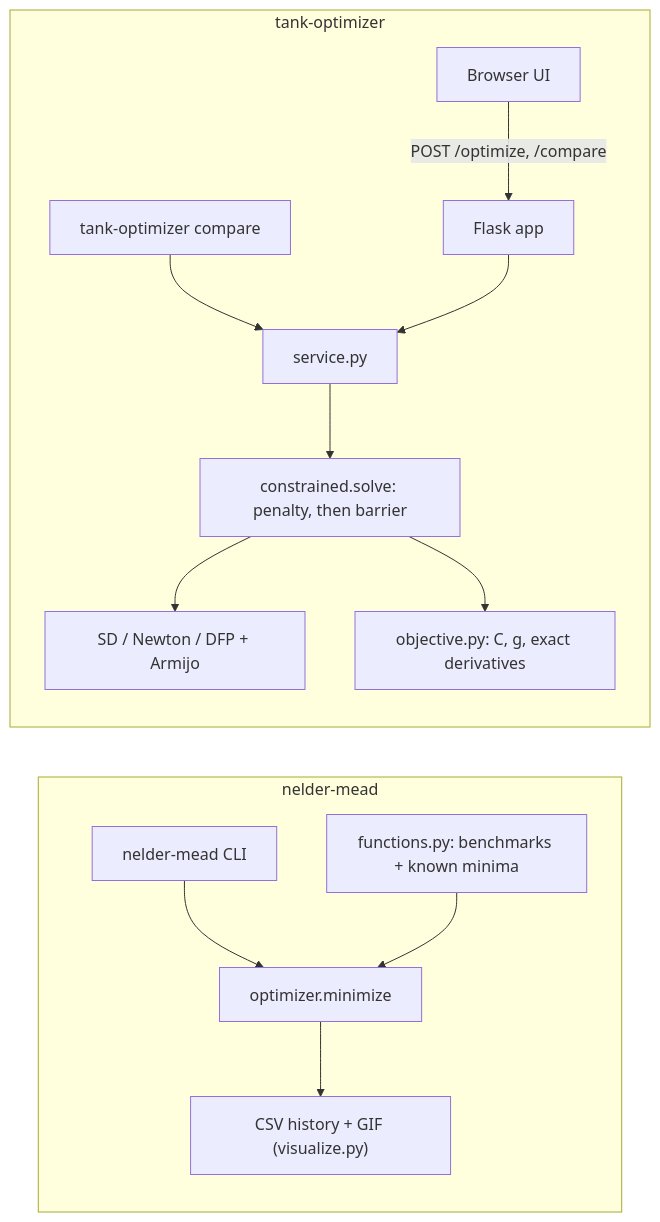
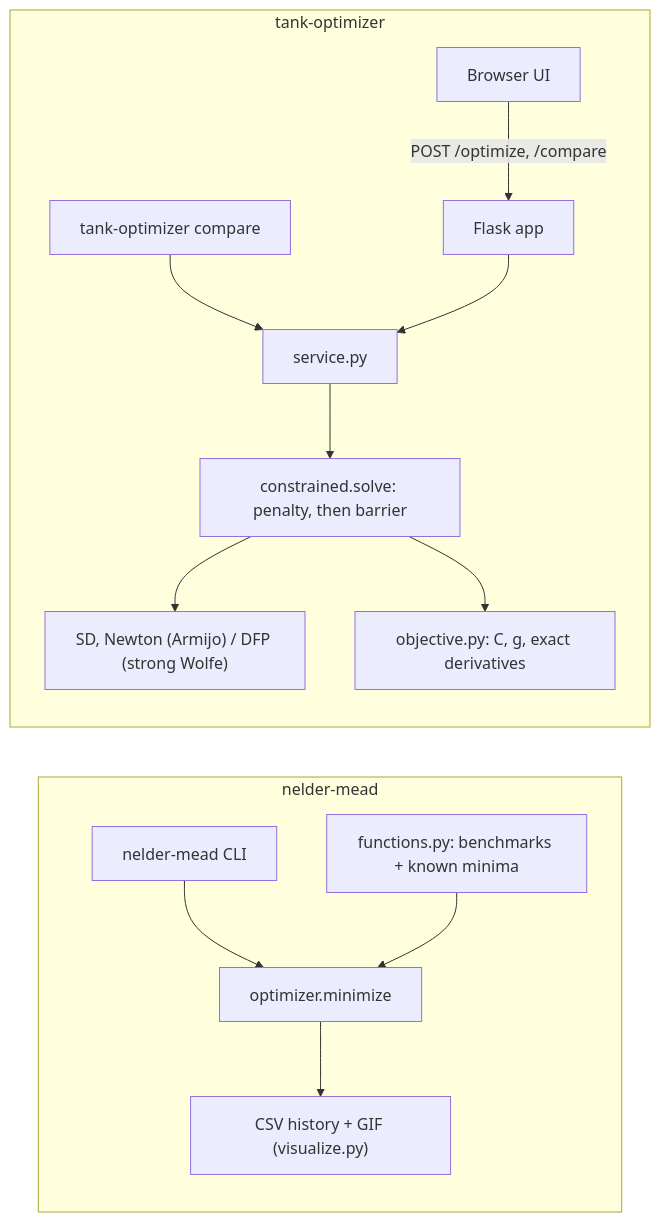
Before and after one commit to gcfialho/uerj-optimization-methods: the diagram in README.md, drawn with Mermaid. The commit also changed other lines of this file and 3 other files, not shown here.

````diff
--- a/README.md
+++ b/README.md
@@ -43,16 +43,16 @@
 ```mermaid
 graph LR
     subgraph nelder-mead
         CLI1["nelder-mead CLI"] --> NM["optimizer.minimize"]
         NM --> OUT["CSV history + GIF (visualize.py)"]
         FN["functions.py: benchmarks + known minima"] --> NM
     end
     subgraph tank-optimizer
         UI["Browser UI"] -- "POST /optimize, /compare" --> API["Flask app"]
         CLI2["tank-optimizer compare"] --> SVC
         API --> SVC["service.py"]
         SVC --> SUMT["constrained.solve: penalty, then barrier"]
-        SUMT --> OPT["SD / Newton / DFP + Armijo"]
+        SUMT --> OPT["SD, Newton (Armijo) / DFP (strong Wolfe)"]
         SUMT --> OBJ["objective.py: C, g, exact derivatives"]
     end
 ```
````
